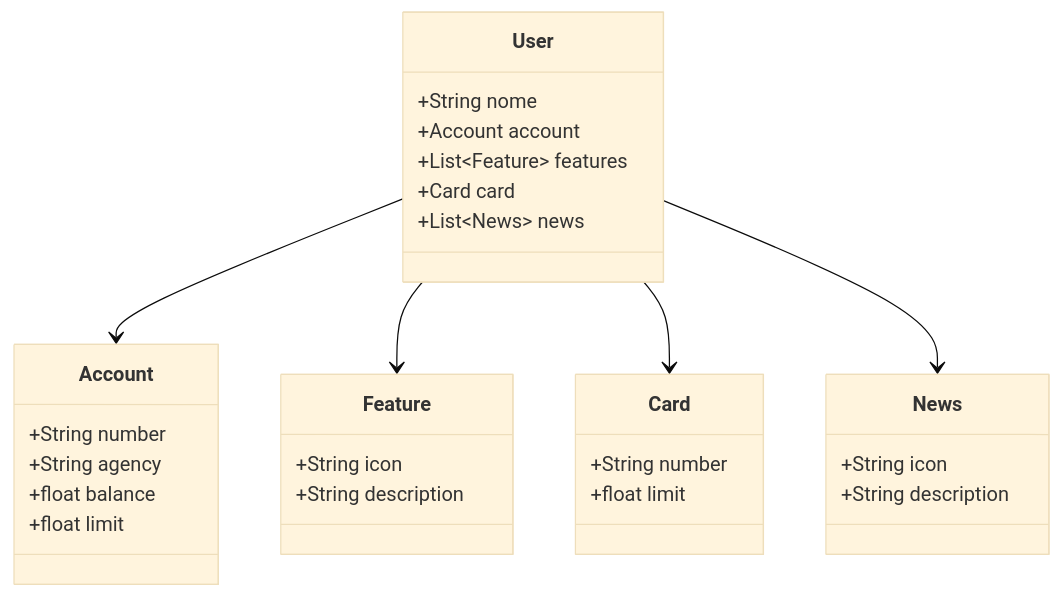
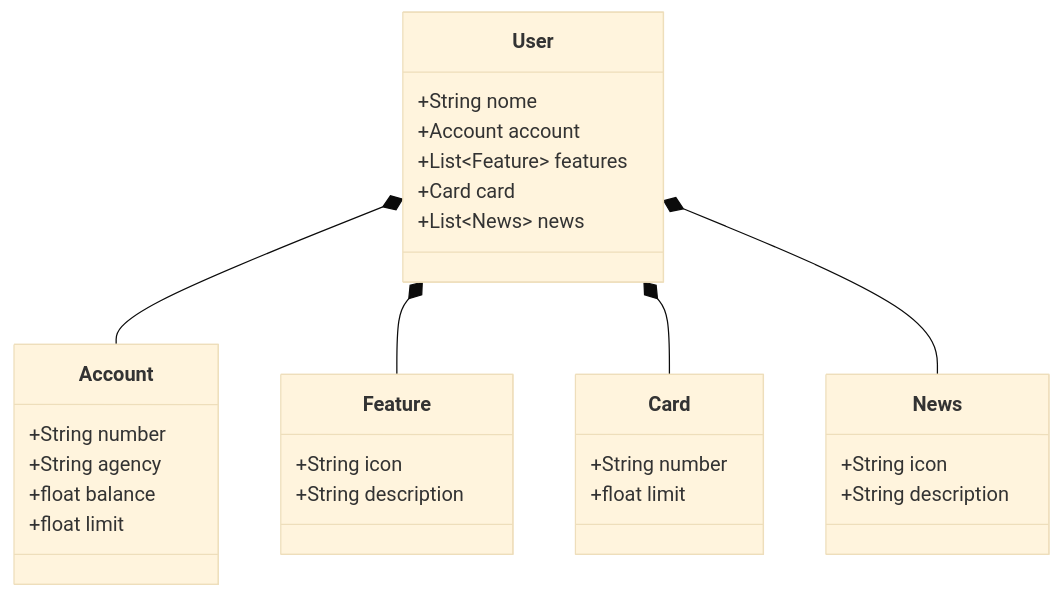
Before and after one commit to cbobio/dio: the diagram in README.md, drawn with Mermaid (base theme).

````diff
--- a/README.md
+++ b/README.md
@@ -5,37 +5,37 @@
 ```mermaid
 classDiagram
     class User {
         +String nome
         +Account account
         +List~Feature~ features
         +Card card
         +List~News~ news
     }
 
     class Account {
         +String number
         +String agency
         +float balance
         +float limit
     }
 
     class Feature {
         +String icon
         +String description
     }
 
     class Card {
         +String number
         +float limit
     }
 
     class News {
         +String icon
         +String description
     }
 
-    User --> Account
-    User --> Feature
-    User --> Card
-    User --> News
+    User *-- Account
+    User *-- Feature
+    User *-- Card
+    User *-- News
 ```
````
